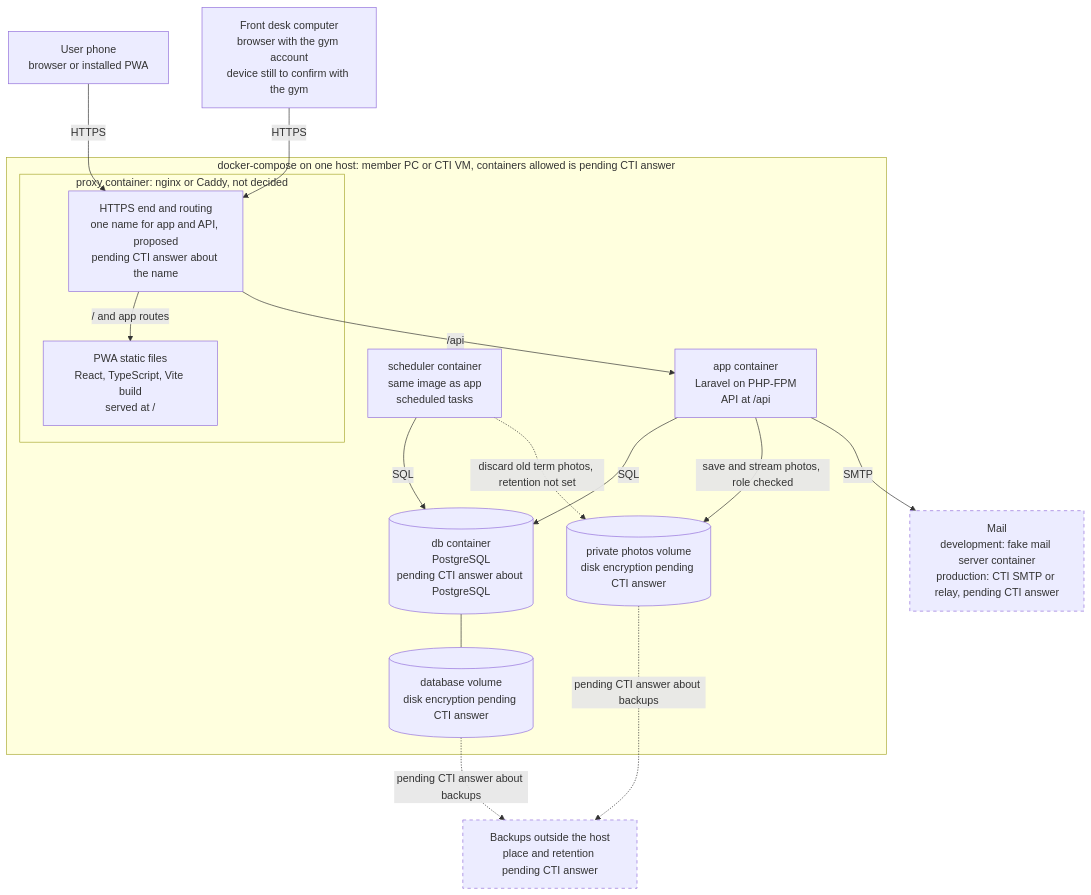
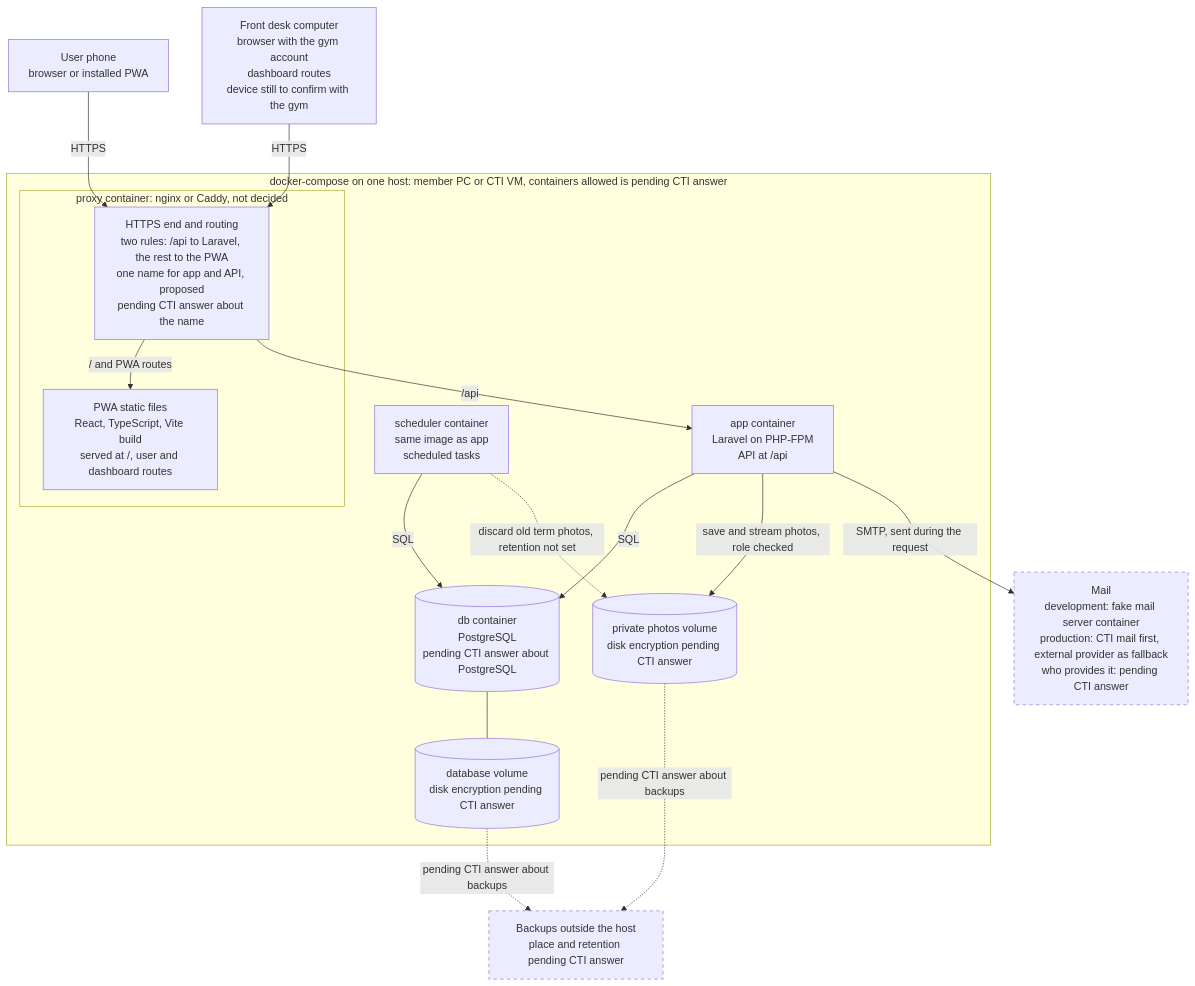
One commit to Th3-Minorities/natatorio-gym-app changed the second of 5 diagrams in docs/design/architecture.md. Above: the diagram before and after it, drawn with Mermaid. The commit also changed other lines of this file, not shown here.

Commit message:
Apply the design review decisions to the architecture

````diff
--- a/docs/design/architecture.md
+++ b/docs/design/architecture.md
@@ -56,36 +61,36 @@
 ```mermaid
 flowchart TD
   PH["User phone<br/>browser or installed PWA"]
-  FD["Front desk computer<br/>browser with the gym account<br/>device still to confirm with the gym"]
+  FD["Front desk computer<br/>browser with the gym account<br/>dashboard routes<br/>device still to confirm with the gym"]
 
   subgraph HOST["docker-compose on one host: member PC or CTI VM, containers allowed is pending CTI answer"]
     subgraph PXC["proxy container: nginx or Caddy, not decided"]
-      PX["HTTPS end and routing<br/>one name for app and API, proposed<br/>pending CTI answer about the name"]
-      ST["PWA static files<br/>React, TypeScript, Vite build<br/>served at /"]
+      PX["HTTPS end and routing<br/>two rules: /api to Laravel, the rest to the PWA<br/>one name for app and API, proposed<br/>pending CTI answer about the name"]
+      ST["PWA static files<br/>React, TypeScript, Vite build<br/>served at /, user and dashboard routes"]
     end
     APP["app container<br/>Laravel on PHP-FPM<br/>API at /api"]
     SCH["scheduler container<br/>same image as app<br/>scheduled tasks"]
     DB[("db container<br/>PostgreSQL<br/>pending CTI answer about PostgreSQL")]
     DV[("database volume<br/>disk encryption pending CTI answer")]
     PV[("private photos volume<br/>disk encryption pending CTI answer")]
   end
 
-  MAIL["Mail<br/>development: fake mail server container<br/>production: CTI SMTP or relay, pending CTI answer"]
+  MAIL["Mail<br/>development: fake mail server container<br/>production: CTI mail first, external provider as fallback<br/>who provides it: pending CTI answer"]
   BK["Backups outside the host<br/>place and retention pending CTI answer"]
 
   PH -->|"HTTPS"| PX
   FD -->|"HTTPS"| PX
-  PX -->|"/ and app routes"| ST
+  PX -->|"/ and PWA routes"| ST
   PX -->|"/api"| APP
   APP -->|"SQL"| DB
   DB --- DV
   APP -->|"save and stream photos, role checked"| PV
   SCH -->|"SQL"| DB
   SCH -.->|"discard old term photos, retention not set"| PV
-  APP -->|"SMTP"| MAIL
+  APP -->|"SMTP, sent during the request"| MAIL
   DV -.->|"pending CTI answer about backups"| BK
   PV -.->|"pending CTI answer about backups"| BK
 
   classDef pending stroke-dasharray: 5 5
   class MAIL,BK pending
 ```
````
